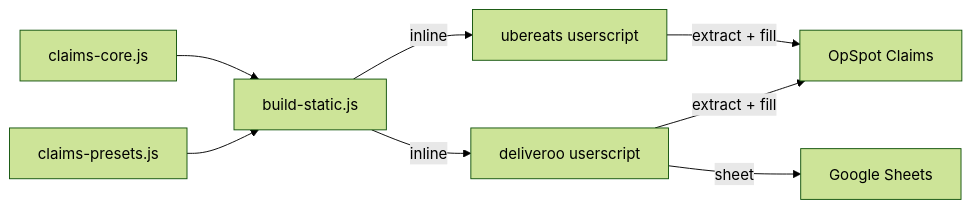
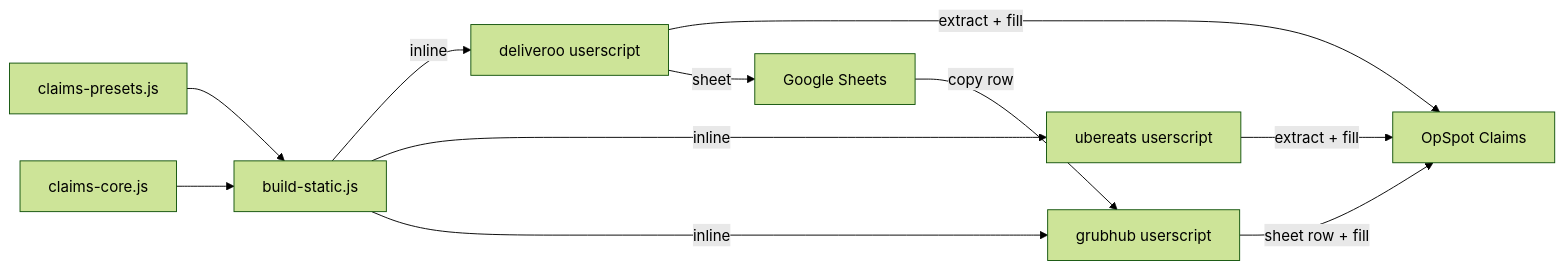
Before and after one commit to nachtalia/automation: the diagram in README.md, drawn with Mermaid (forest theme). The commit also changed other lines of this file and 5 other files, not shown here.

````diff
--- a/README.md
+++ b/README.md
@@ -19,18 +20,22 @@
 ```mermaid
 flowchart LR
   Presets[claims-presets.js]
   Core[claims-core.js]
   Build[build-static.js]
   Deliveroo[deliveroo userscript]
   Uber[ubereats userscript]
+  Grubhub[grubhub userscript]
   OpSpot[OpSpot Claims]
   Sheets[Google Sheets]
 
   Presets --> Build
   Core --> Build
   Build -->|inline| Deliveroo
   Build -->|inline| Uber
+  Build -->|inline| Grubhub
   Deliveroo -->|extract + fill| OpSpot
   Uber -->|extract + fill| OpSpot
+  Grubhub -->|sheet row + fill| OpSpot
   Deliveroo -->|sheet| Sheets
+  Sheets -->|copy row| Grubhub
 ```
````
